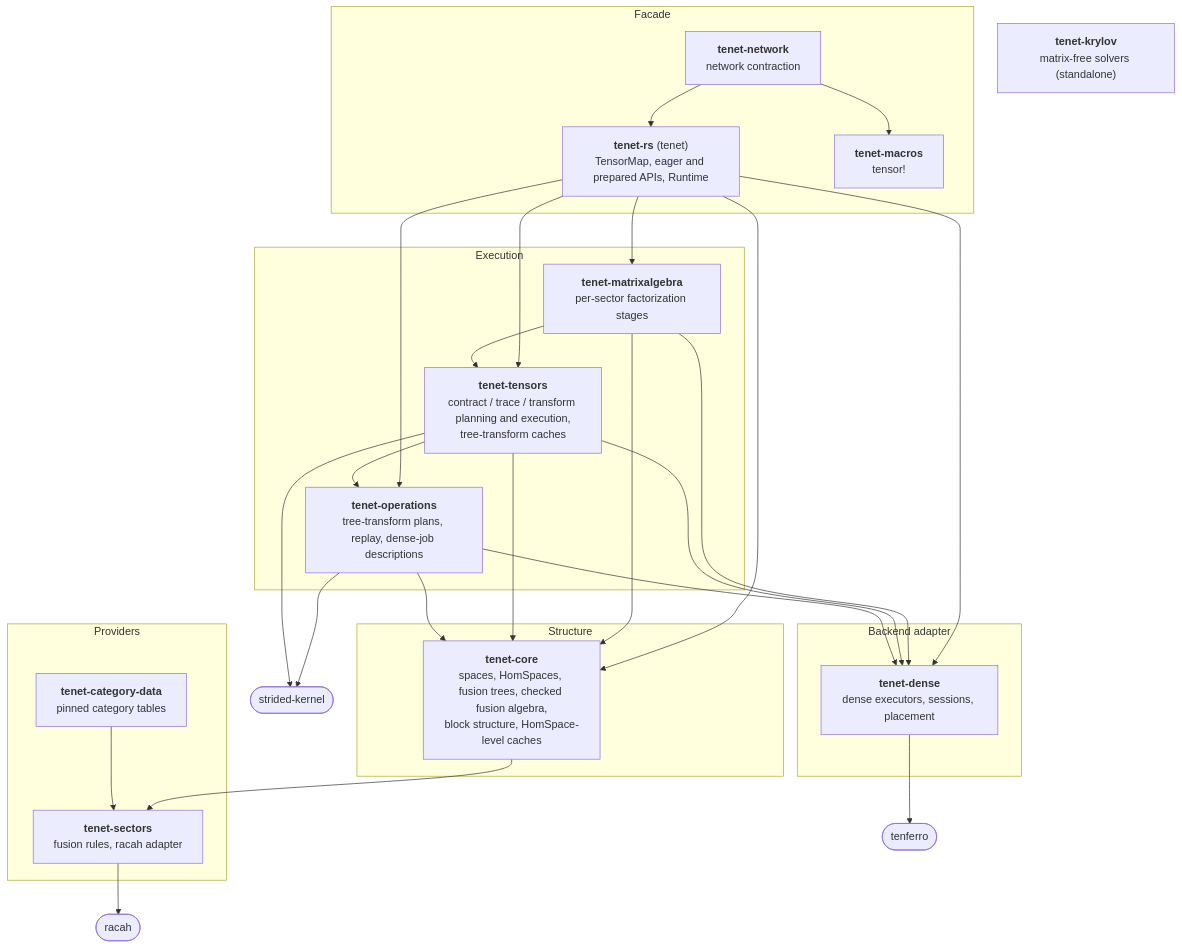
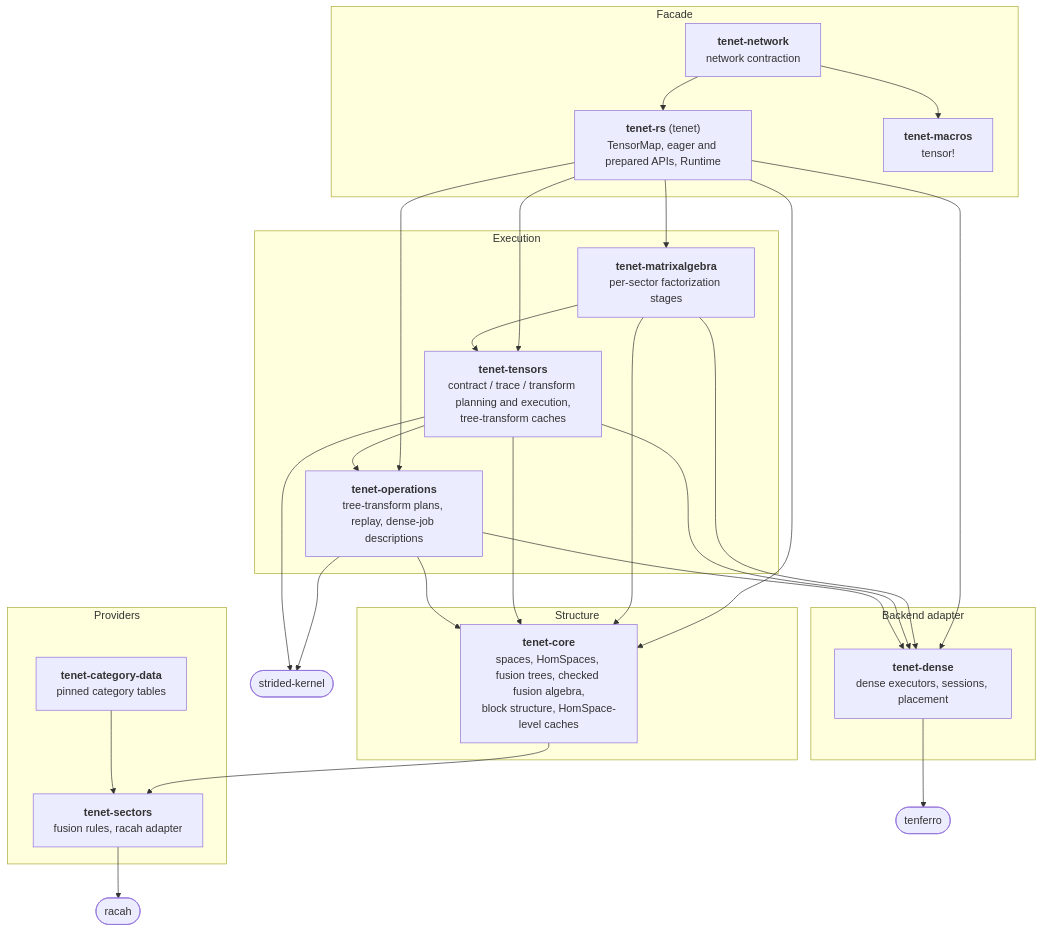
The second of 2 diagrams in docs/layering.md (Ryo-wtnb11/TeNeT), drawn with Mermaid before and after one commit. The commit also changed other lines of this file and 12 other files, not shown here.

First line of the commit message:
Remove tenet-krylov; iterative solvers will live in a separate repository

````diff
--- a/docs/layering.md
+++ b/docs/layering.md
@@ -178,46 +177,45 @@
 ```mermaid
 flowchart TB
     subgraph facade["Facade"]
         RS["<b>tenet-rs</b> (tenet)<br/>TensorMap, eager and prepared APIs, Runtime"]
         NET["<b>tenet-network</b><br/>network contraction"]
         MAC["<b>tenet-macros</b><br/>tensor!"]
     end
     subgraph exec["Execution"]
         MA["<b>tenet-matrixalgebra</b><br/>per-sector factorization stages"]
         TT["<b>tenet-tensors</b><br/>contract / trace / transform planning and execution,<br/>tree-transform caches"]
         OP["<b>tenet-operations</b><br/>tree-transform plans, replay, dense-job descriptions"]
     end
     subgraph structure["Structure"]
         CORE["<b>tenet-core</b><br/>spaces, HomSpaces, fusion trees, checked fusion algebra,<br/>block structure, HomSpace-level caches"]
     end
     subgraph provider["Providers"]
         SEC["<b>tenet-sectors</b><br/>fusion rules, racah adapter"]
         CAT["<b>tenet-category-data</b><br/>pinned category tables"]
     end
     subgraph backend["Backend adapter"]
         DENSE["<b>tenet-dense</b><br/>dense executors, sessions, placement"]
     end
-    KRY["<b>tenet-krylov</b><br/>matrix-free solvers (standalone)"]
 
     NET --> RS
     NET --> MAC
     RS --> MA
     RS --> TT
     RS --> OP
     RS --> CORE
     RS --> DENSE
     MA --> TT
     MA --> CORE
     MA --> DENSE
     TT --> OP
     TT --> CORE
     TT --> DENSE
     OP --> CORE
     OP --> DENSE
     CORE --> SEC
     CAT --> SEC
     SEC --> RACAH(["racah"])
     DENSE --> TF(["tenferro"])
     OP --> STR(["strided-kernel"])
     TT --> STR
 ```
````
